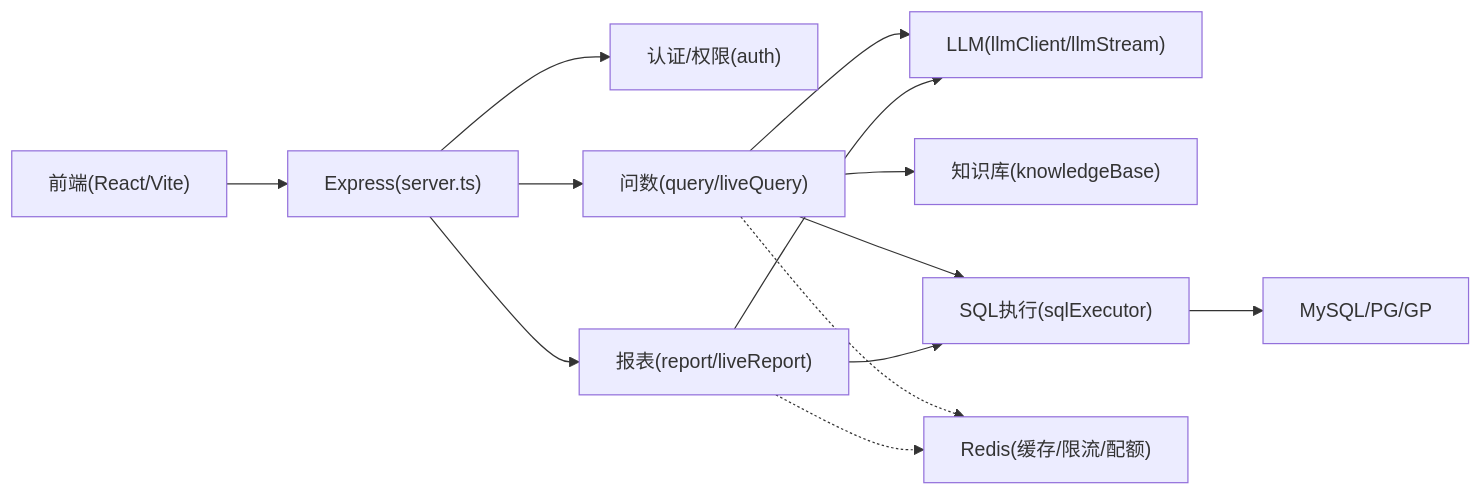
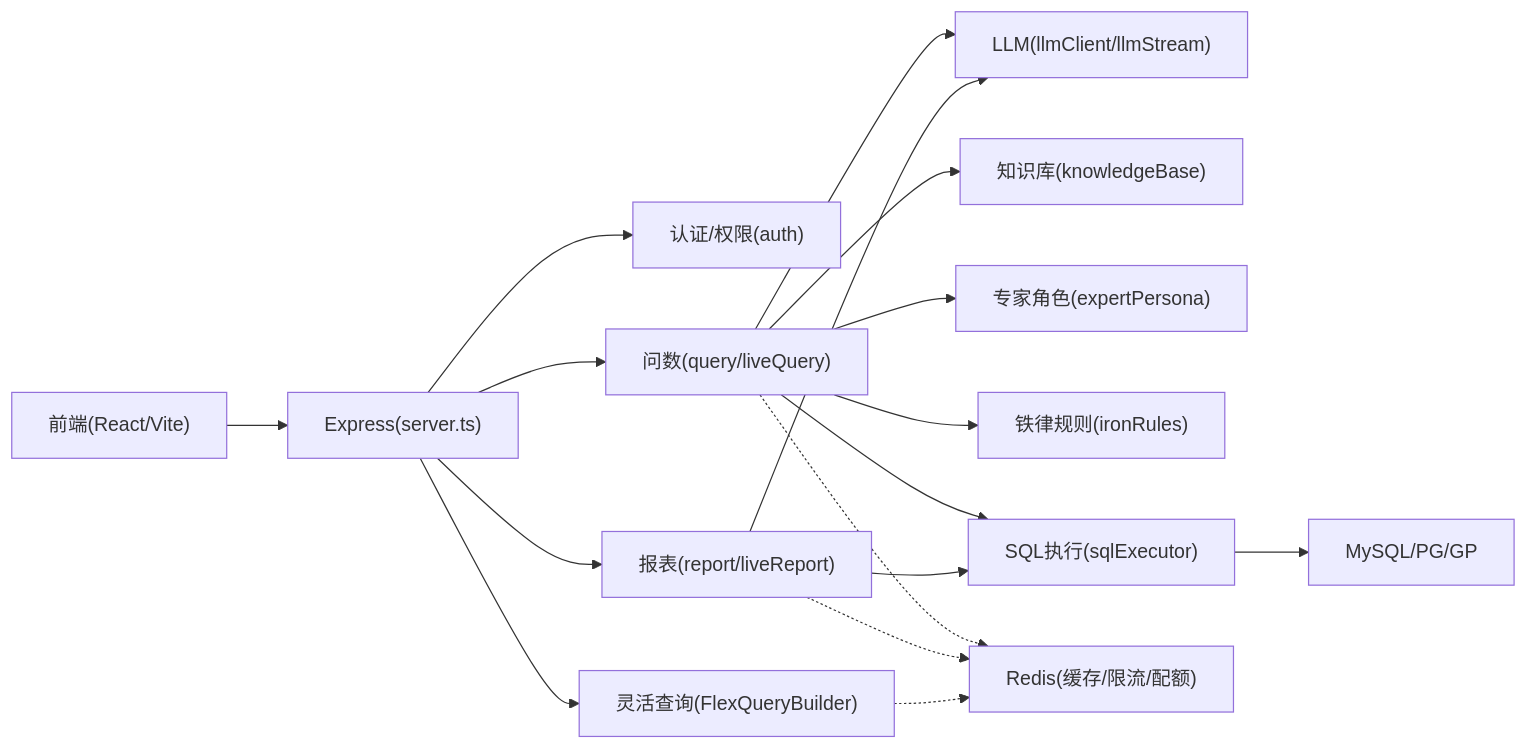
Before and after one commit to dgjin/smart-data-analytics: the tenth of 11 diagrams in .qoder/repowiki/zh/content/项目概述/项目概述.md, drawn with Mermaid. The commit also changed other lines of this file and 100 other files, not shown here.

````diff
--- a/.qoder/repowiki/zh/content/项目概述/项目概述.md
+++ b/.qoder/repowiki/zh/content/项目概述/项目概述.md
@@ -245,15 +374,19 @@
 ```mermaid
 graph LR
 FE["前端(React/Vite)"] --> API["Express(server.ts)"]
 API --> Auth["认证/权限(auth)"]
 API --> Query["问数(query/liveQuery)"]
 API --> Report["报表(report/liveReport)"]
+API --> Flex["灵活查询(FlexQueryBuilder)"]
 Query --> LLM["LLM(llmClient/llmStream)"]
 Report --> LLM
 Query --> KB["知识库(knowledgeBase)"]
+Query --> EP["专家角色(expertPersona)"]
+Query --> IR["铁律规则(ironRules)"]
 Query --> Exec["SQL执行(sqlExecutor)"]
 Report --> Exec
 Exec --> DB["MySQL/PG/GP"]
 Query -.-> Cache["Redis(缓存/限流/配额)"]
 Report -.-> Cache
+Flex -.-> Cache
 ```
````
